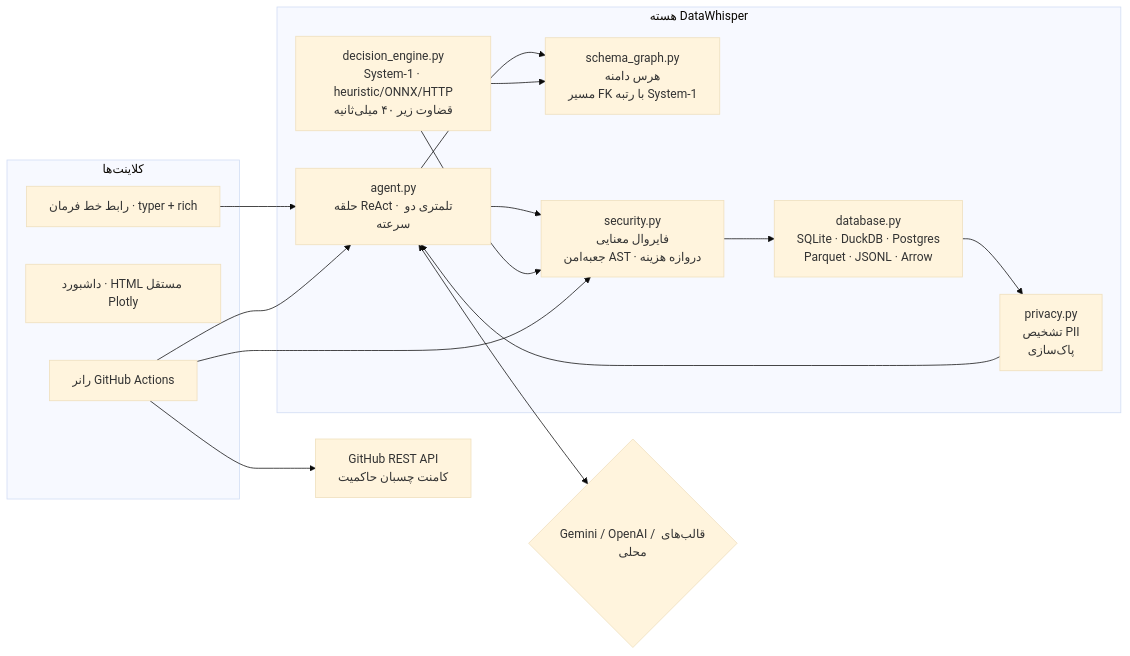
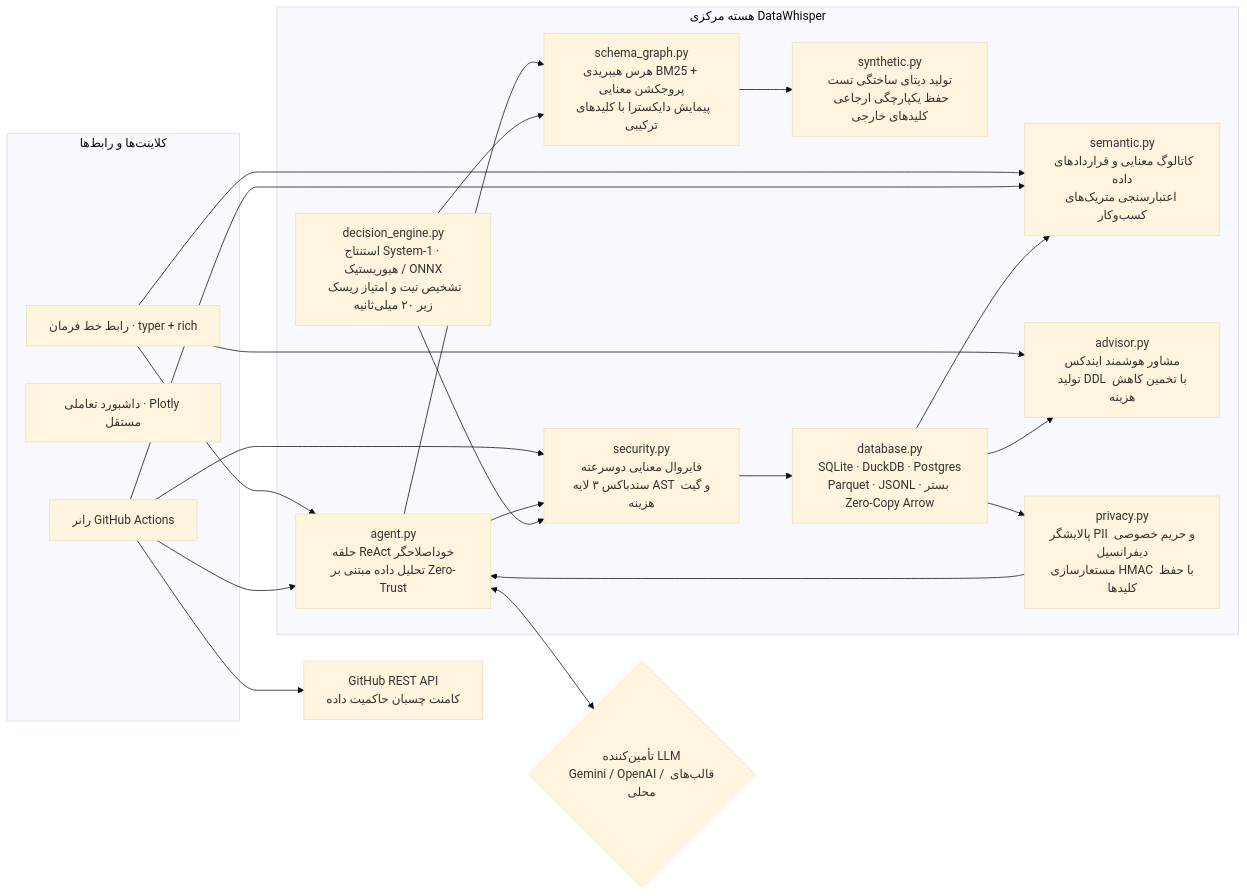
The second of 2 diagrams in README.md (Green-tero/datawhisper), drawn with Mermaid (base theme) before and after one commit. The commit also changed other lines of this file, not shown here.

Commit message:
docs: overhaul README for v1.5 with semantic layer, differential privacy, advisor, and bilingual sync

````diff
--- a/README.md
+++ b/README.md
@@ -354,33 +385,43 @@
 ```mermaid
 flowchart LR
-    subgraph Clients["کلاینت‌ها"]
+    subgraph Clients["کلاینت‌ها و رابط‌ها"]
         CLI["رابط خط فرمان · typer + rich"]
-        DASH["داشبورد · HTML مستقل Plotly"]
+        DASH["داشبورد تعاملی · Plotly مستقل"]
         GHA["رانر GitHub Actions"]
     end
 
-    subgraph Core["هسته DataWhisper"]
-        DEC["decision_engine.py<br/>System-1 · heuristic/ONNX/HTTP<br/>قضاوت زیر ۴۰ میلی‌ثانیه"]
-        GRAPH["schema_graph.py<br/>هرس دامنه<br/>مسیر FK با رتبه System-1"]
-        AGENT["agent.py<br/>حلقه ReAct · تلمتری دو سرعته"]
-        SEC["security.py<br/>فایروال معنایی<br/>جعبه‌امن AST · دروازه هزینه"]
-        PRIV["privacy.py<br/>تشخیص PII<br/>پاک‌سازی"]
-        DB["database.py<br/>SQLite · DuckDB · Postgres<br/>Parquet · JSONL · Arrow"]
+    subgraph Core["هسته مرکزی DataWhisper"]
+        DEC["decision_engine.py<br/>استنتاج System-1 · هیوریستیک / ONNX<br/>تشخیص نیت و امتیاز ریسک زیر ۲۰ میلی‌ثانیه"]
+        GRAPH["schema_graph.py<br/>هرس هیبریدی BM25 + پروجکشن معنایی<br/>پیمایش دایکسترا با کلیدهای ترکیبی"]
+        AGENT["agent.py<br/>حلقه ReAct خوداصلاحگر<br/>تحلیل داده مبتنی بر Zero-Trust"]
+        SEC["security.py<br/>فایروال معنایی دوسرعته<br/>سندباکس ۳ لایه AST و گیت هزینه"]
+        SEM["semantic.py<br/>کاتالوگ معنایی و قراردادهای داده<br/>اعتبارسنجی متریک‌های کسب‌وکار"]
+        ADV["advisor.py<br/>مشاور هوشمند ایندکس<br/>تولید DDL با تخمین کاهش هزینه"]
+        PRIV["privacy.py<br/>پالایشگر PII و حریم خصوصی دیفرانسیل<br/>مستعارسازی HMAC با حفظ کلیدها"]
+        SYN["synthetic.py<br/>تولید دیتای ساختگی تست<br/>حفظ یکپارچگی ارجاعی کلیدهای خارجی"]
+        DB["database.py<br/>SQLite · DuckDB · Postgres<br/>Parquet · JSONL · بستر Zero-Copy Arrow"]
     end
 
-    LLM{"Gemini / OpenAI / قالب‌های محلی"}
-    GH["GitHub REST API<br/>کامنت چسبان حاکمیت"]
+    LLM{"تأمین‌کننده LLM<br/>Gemini / OpenAI / قالب‌های محلی"}
+    GH["GitHub REST API<br/>کامنت چسبان حاکمیت داده"]
 
     CLI --> AGENT
+    CLI --> ADV
+    CLI --> SEM
     GHA --> AGENT
+    GHA --> SEM
+    GHA --> SEC
+    GHA --> GH
+
     AGENT --> GRAPH
     AGENT --> SEC
+    AGENT <--> LLM
     DEC --> SEC
     DEC --> GRAPH
     SEC --> DB
     DB --> PRIV
     PRIV --> AGENT
-    AGENT <--> LLM
-    GHA --> SEC
-    GHA --> GH
+    DB --> ADV
+    DB --> SEM
+    GRAPH --> SYN
 ```
````
